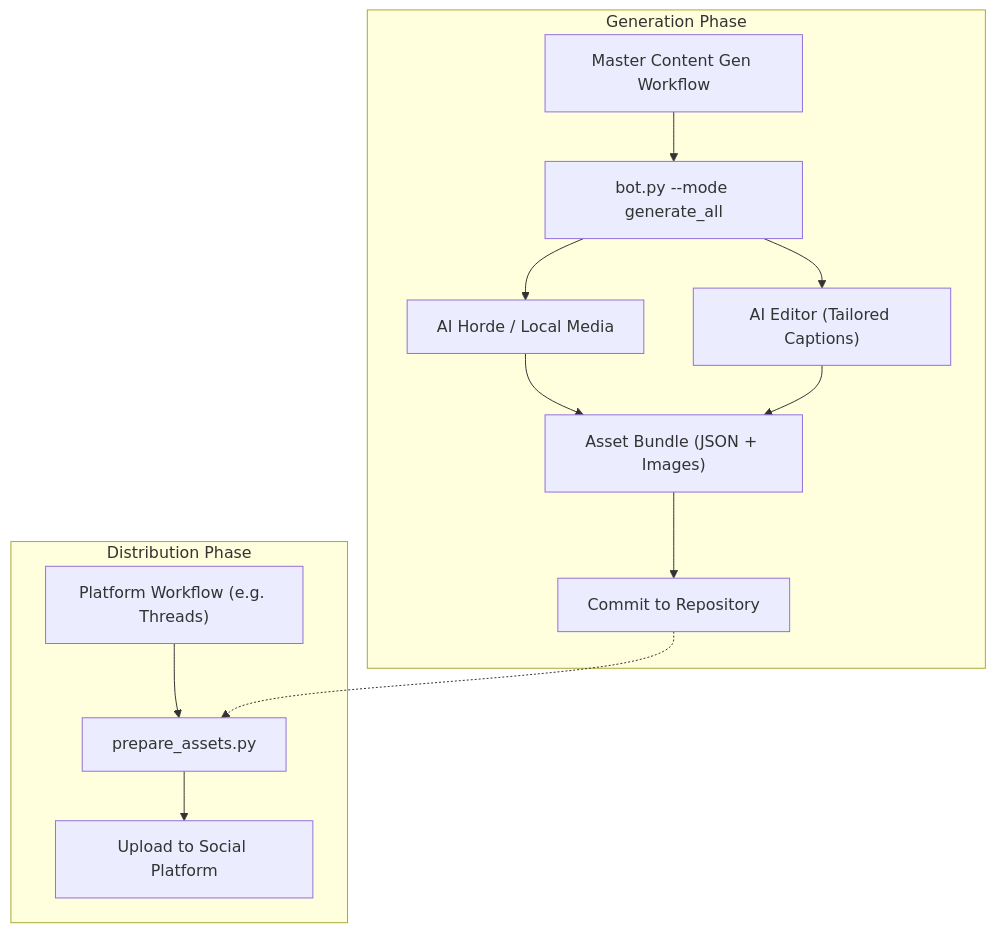
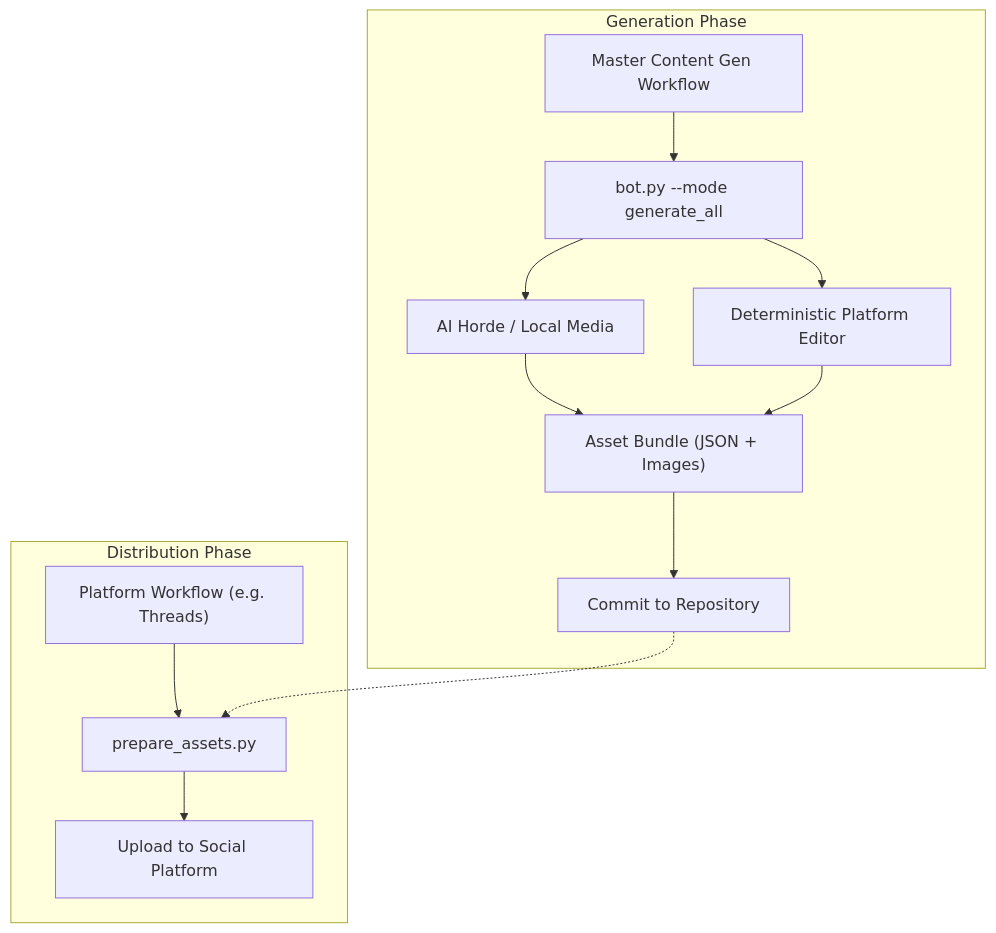
One commit to iyeque/ig-autobot changed the diagram in README.md. Above: the diagram before and after it, drawn with Mermaid. The commit also changed other lines of this file, not shown here.

Commit message:
docs(readme): reflect deterministic editor, remove Cerebras, update prereqs

````diff
--- a/README.md
+++ b/README.md
@@ -23,17 +23,17 @@
 ```mermaid
 graph TD
     subgraph "Generation Phase"
         A["Master Content Gen Workflow"] --> B["bot.py --mode generate_all"]
         B --> C["AI Horde / Local Media"]
-        B --> D["AI Editor (Tailored Captions)"]
+        B --> D["Deterministic Platform Editor"]
         C --> E["Asset Bundle (JSON + Images)"]
         D --> E
         E --> F["Commit to Repository"]
     end
 
     subgraph "Distribution Phase"
         G["Platform Workflow (e.g. Threads)"] --> H["prepare_assets.py"]
         F -.-> H
         H --> I["Upload to Social Platform"]
     end
 ```
````
